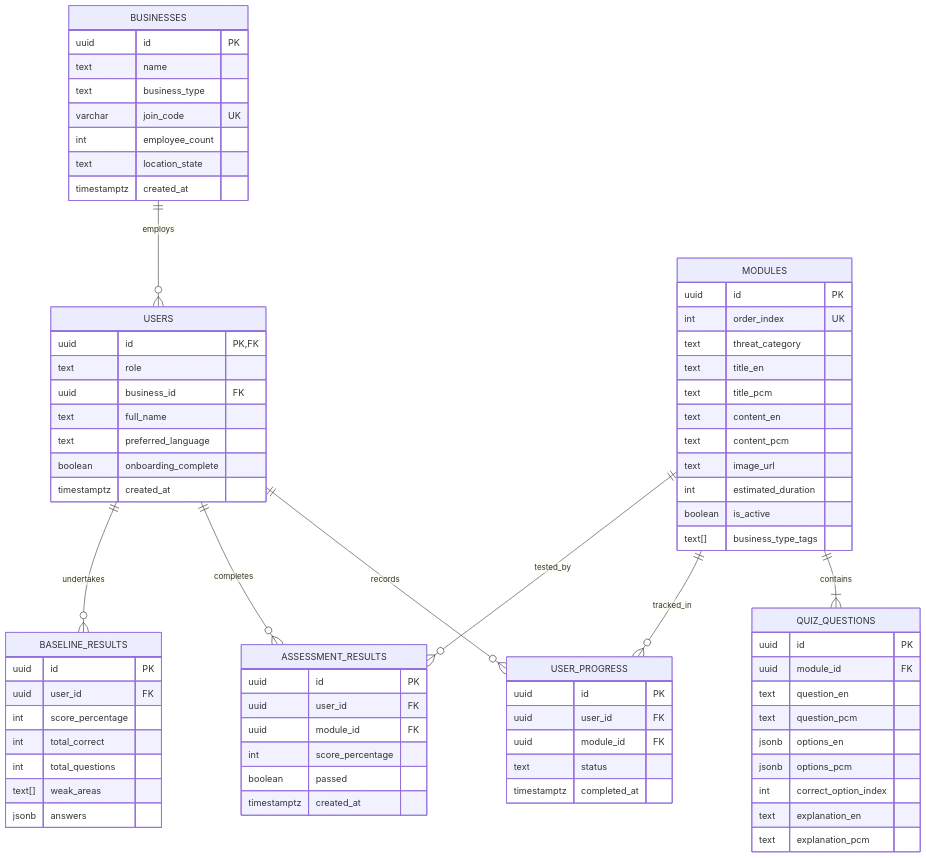
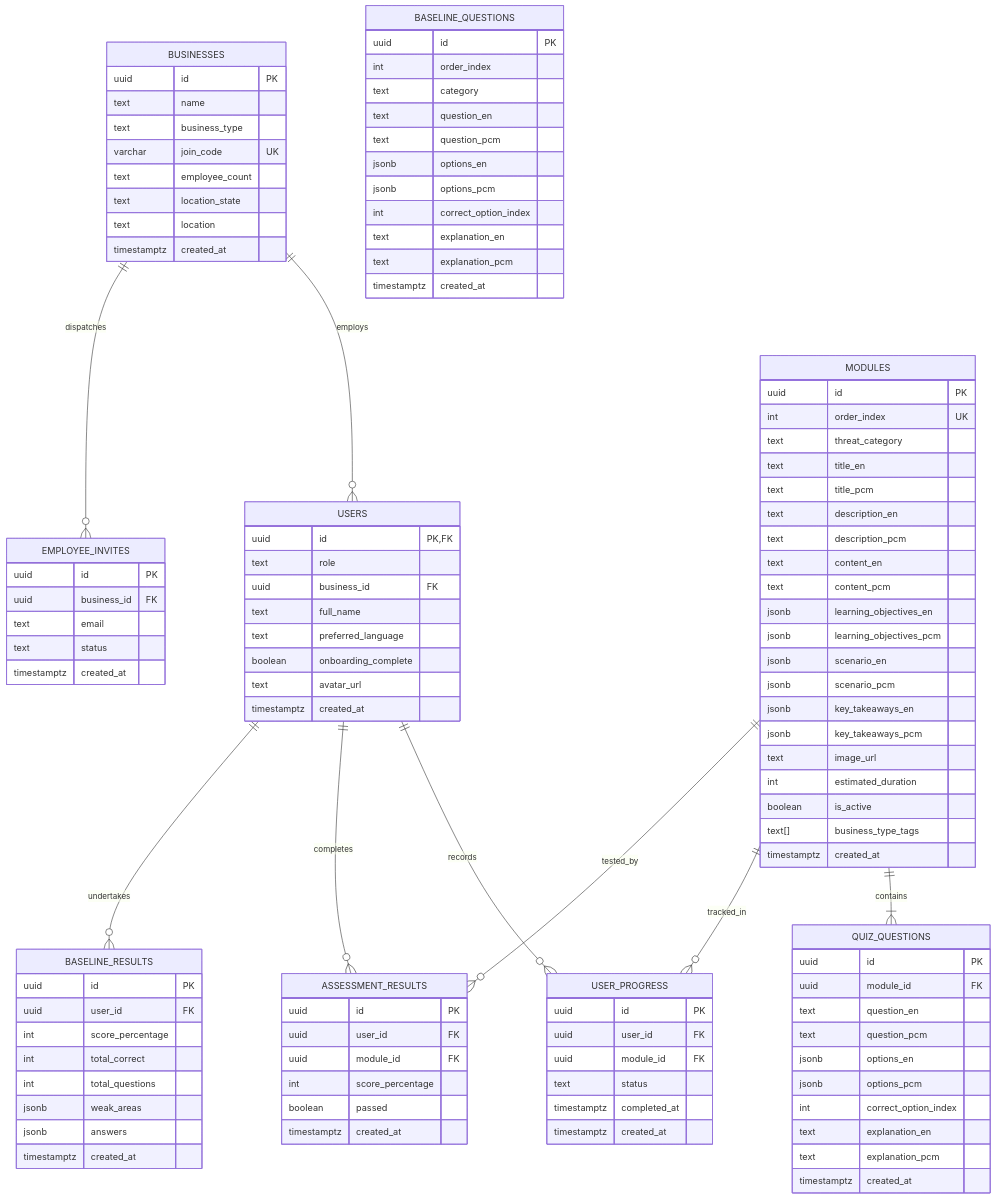
Before and after one commit to AP-Techpulse/SMEShield_MVP: the diagram in docs/academic_evidence_report.md, drawn with Mermaid. The commit also changed other lines of this file and 18 other files, not shown here.

````diff
--- a/docs/academic_evidence_report.md
+++ b/docs/academic_evidence_report.md
@@ -33,6 +60,7 @@
 ```mermaid
 erDiagram
     BUSINESSES ||--o{ USERS : "employs"
+    BUSINESSES ||--o{ EMPLOYEE_INVITES : "dispatches"
     USERS ||--o{ USER_PROGRESS : "records"
     USERS ||--o{ ASSESSMENT_RESULTS : "completes"
     USERS ||--o{ BASELINE_RESULTS : "undertakes"
@@ -45,8 +73,9 @@
         text name
         text business_type
         varchar join_code UK
-        int employee_count
+        text employee_count
         text location_state
+        text location
         timestamptz created_at
     }
 
@@ -57,6 +86,7 @@
         text full_name
         text preferred_language
         boolean onboarding_complete
+        text avatar_url
         timestamptz created_at
     }
 
@@ -66,12 +96,21 @@
         text threat_category
         text title_en
         text title_pcm
+        text description_en
+        text description_pcm
         text content_en
         text content_pcm
+        jsonb learning_objectives_en
+        jsonb learning_objectives_pcm
+        jsonb scenario_en
+        jsonb scenario_pcm
+        jsonb key_takeaways_en
+        jsonb key_takeaways_pcm
         text image_url
         int estimated_duration
         boolean is_active
         text[] business_type_tags
+        timestamptz created_at
     }
 
     QUIZ_QUESTIONS {
@@ -84,6 +123,21 @@
         int correct_option_index
         text explanation_en
         text explanation_pcm
+        timestamptz created_at
+    }
+
+    BASELINE_QUESTIONS {
+        uuid id PK
+        int order_index
+        text category
+        text question_en
+        text question_pcm
+        jsonb options_en
+        jsonb options_pcm
+        int correct_option_index
+        text explanation_en
+        text explanation_pcm
+        timestamptz created_at
     }
 
     BASELINE_RESULTS {
@@ -92,8 +146,9 @@
         int score_percentage
         int total_correct
         int total_questions
-        text[] weak_areas
+        jsonb weak_areas
         jsonb answers
+        timestamptz created_at
     }
 
     ASSESSMENT_RESULTS {
@@ -111,5 +166,14 @@
         uuid module_id FK
         text status
         timestamptz completed_at
+        timestamptz created_at
+    }
+
+    EMPLOYEE_INVITES {
+        uuid id PK
+        uuid business_id FK
+        text email
+        text status
+        timestamptz created_at
     }
 ```
````
